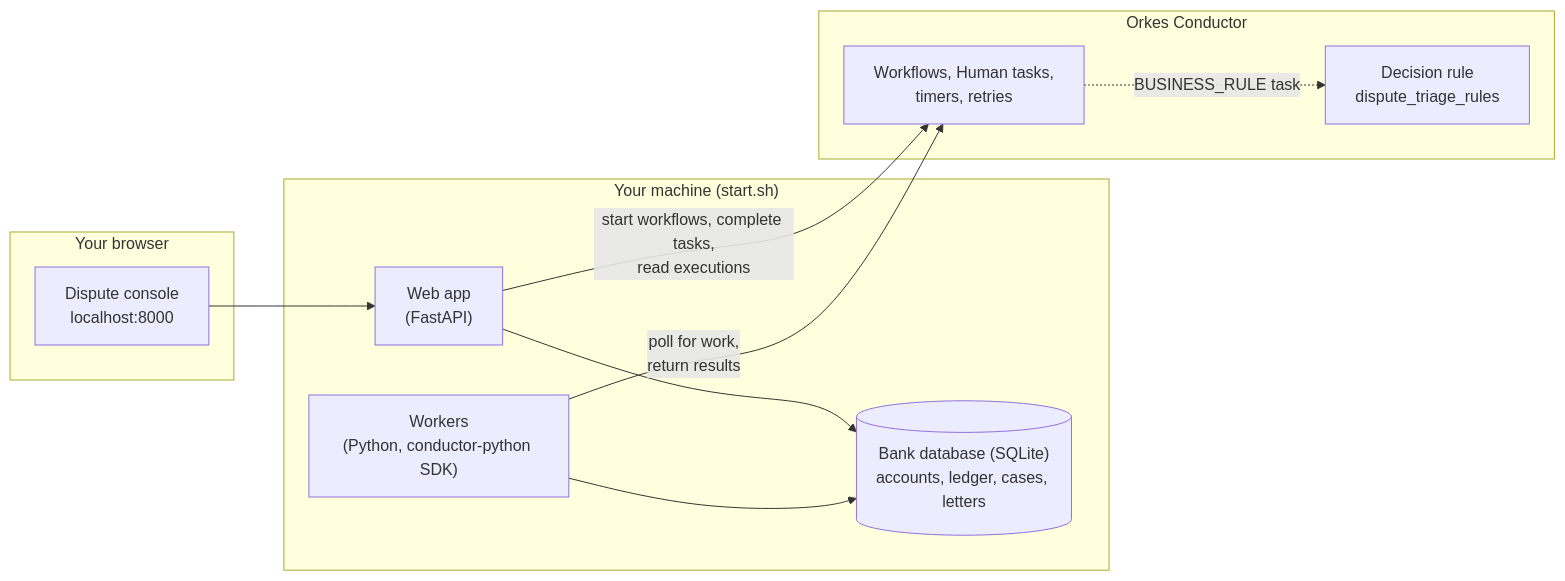
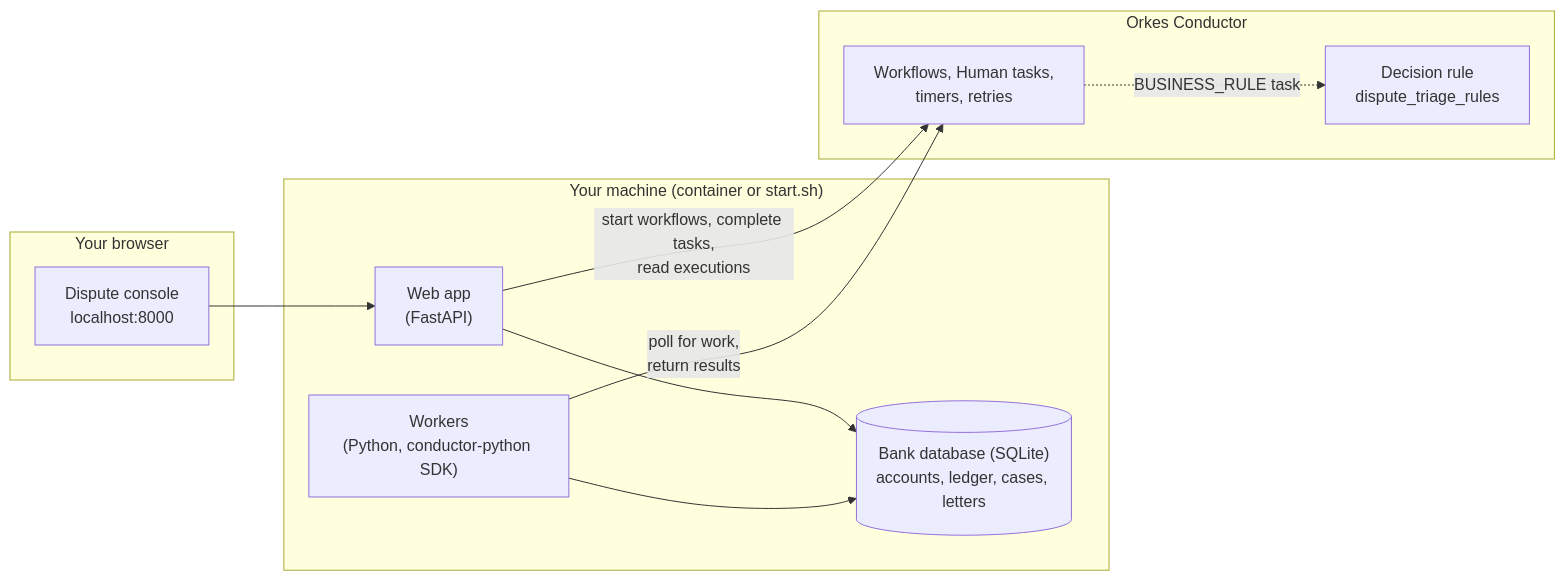
The first of 5 diagrams in dispute_demo/README.md (mangatrai/conductor-demos), drawn with Mermaid before and after one commit. The commit also changed other lines of this file and 5 other files, not shown here.

````diff
--- a/dispute_demo/README.md
+++ b/dispute_demo/README.md
@@ -41,22 +41,22 @@
 ```mermaid
 flowchart LR
   subgraph browser["Your browser"]
     console["Dispute console<br/>localhost:8000"]
   end
-  subgraph local["Your machine (start.sh)"]
+  subgraph local["Your machine (container or start.sh)"]
     app["Web app<br/>(FastAPI)"]
     workers["Workers<br/>(Python, conductor-python SDK)"]
     db[("Bank database (SQLite)<br/>accounts, ledger, cases, letters")]
   end
   subgraph orkes["Orkes Conductor"]
     wf["Workflows, Human tasks,<br/>timers, retries"]
     rule["Decision rule<br/>dispute_triage_rules"]
   end
 
   console --> app
   app -- "start workflows, complete tasks,<br/>read executions" --> wf
   workers -- "poll for work,<br/>return results" --> wf
   app --> db
   workers --> db
   wf -. "BUSINESS_RULE task" .-> rule
 ```
````
